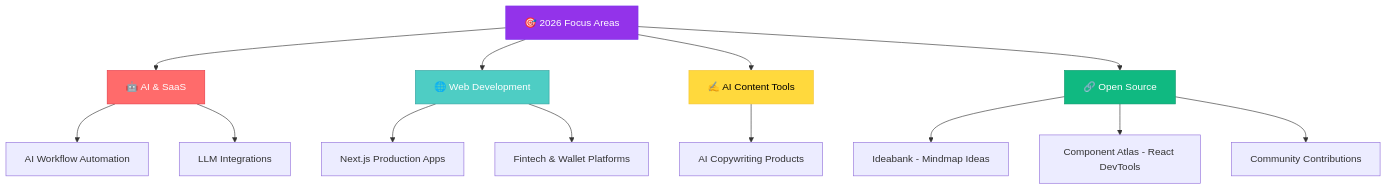
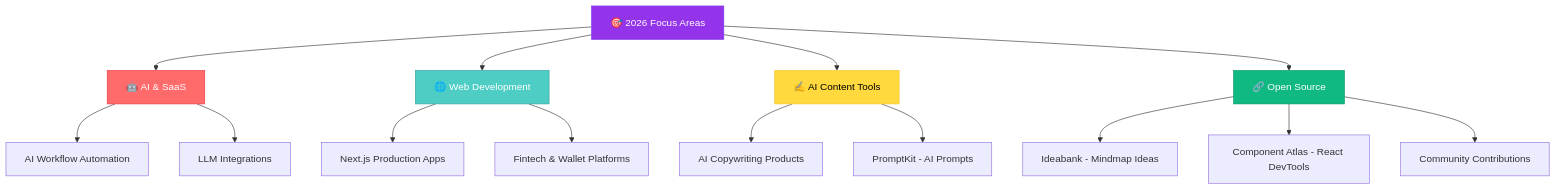
The diagram in README.md (khamalismadie/khamalismadie), drawn with Mermaid before and after one commit. The commit also changed other lines of this file, not shown here.

Commit message:
feat: add PromptKit to featured projects

````diff
--- a/README.md
+++ b/README.md
@@ -148,25 +157,26 @@
 ```mermaid
 graph TB
     A[🎯 2026 Focus Areas] --> B[🤖 AI & SaaS]
     A --> C[🌐 Web Development]
     A --> D[✍️ AI Content Tools]
     A --> E[🔗 Open Source]
 
     B --> B1[AI Workflow Automation]
     B --> B2[LLM Integrations]
 
     C --> C1[Next.js Production Apps]
     C --> C2[Fintech & Wallet Platforms]
 
     D --> D1[AI Copywriting Products]
+    D --> D2[PromptKit - AI Prompts]
 
     E --> E1[Ideabank - Mindmap Ideas]
     E --> E2[Component Atlas - React DevTools]
     E --> E3[Community Contributions]
 
     style A fill:#9333EA,stroke:#7C3AED,color:#fff
     style B fill:#FF6B6B,stroke:#E63946,color:#fff
     style C fill:#4ECDC4,stroke:#35A29F,color:#fff
     style D fill:#FFD93D,stroke:#F4C430,color:#000
     style E fill:#10B981,stroke:#059669,color:#fff
 ```
````
